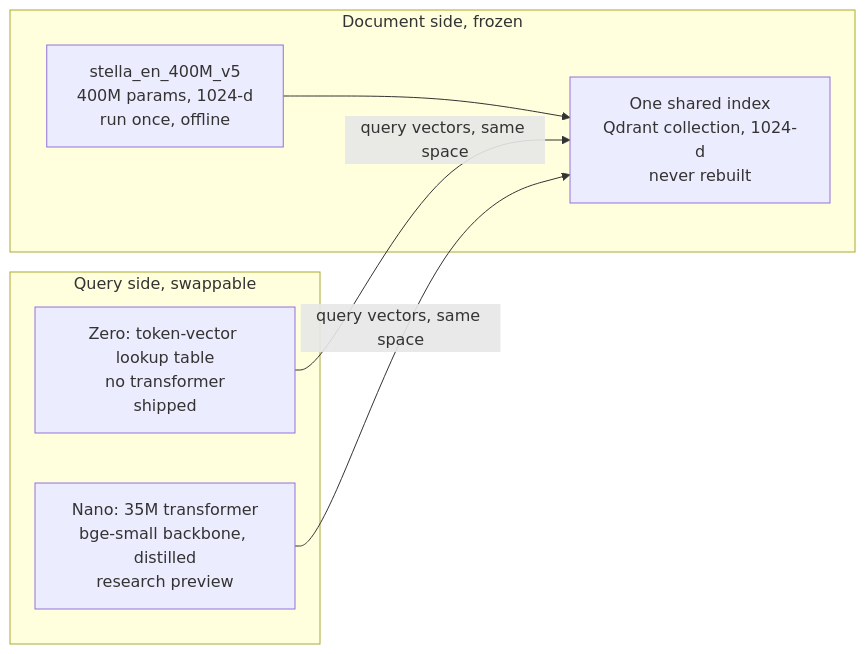
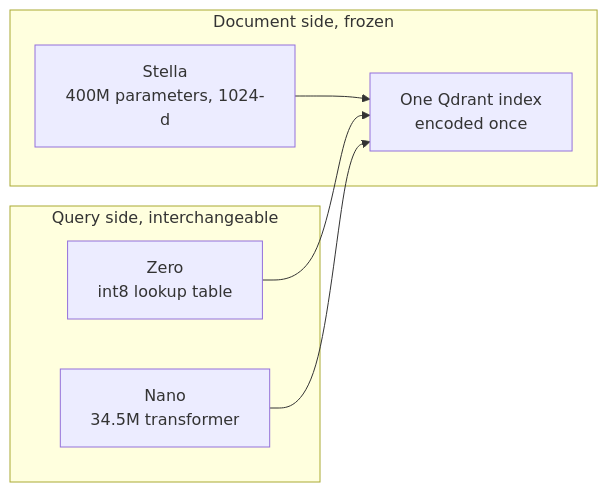
The diagram in research/constella-in-plain-english.md (Dylancouzon/asymmetric-dual-encoders), drawn with Mermaid before and after one commit. The commit also changed other lines of this file and 2 other files, not shown here.

````diff
--- a/research/constella-in-plain-english.md
+++ b/research/constella-in-plain-english.md
@@ -26,12 +52,12 @@
 ```mermaid
 flowchart LR
     subgraph doc["Document side, frozen"]
-        S["stella_en_400M_v5<br/>400M params, 1024-d<br/>run once, offline"] --> IDX["One shared index<br/>Qdrant collection, 1024-d<br/>never rebuilt"]
+        S["Stella<br/>400M parameters, 1024-d"] --> IDX["One Qdrant index<br/>encoded once"]
     end
-    subgraph q["Query side, swappable"]
-        Z["Zero: token-vector lookup table<br/>no transformer<br/>shipped"]
-        N["Nano: 35M transformer<br/>bge-small backbone, distilled<br/>research preview"]
+    subgraph query["Query side, interchangeable"]
+        Z["Zero<br/>int8 lookup table"]
+        N["Nano<br/>34.5M transformer"]
     end
-    Z -- "query vectors, same space" --> IDX
-    N -- "query vectors, same space" --> IDX
+    Z --> IDX
+    N --> IDX
 ```
````
